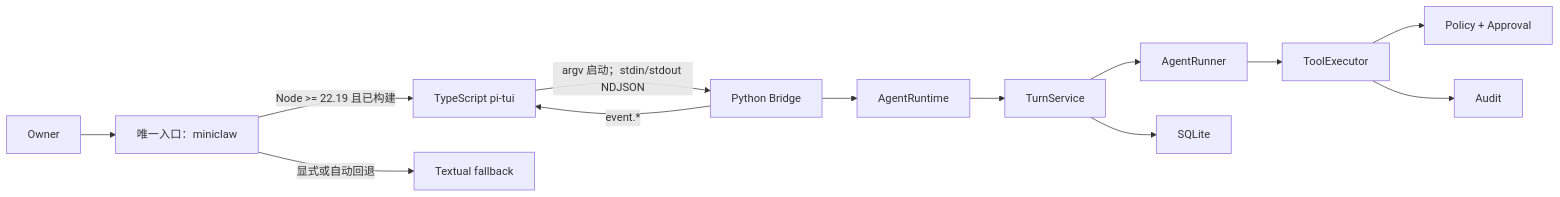
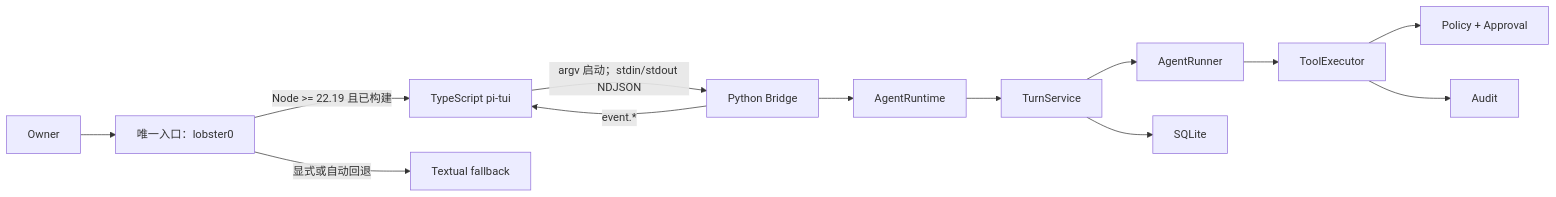
Before and after one commit to NEDONION/lobster0: the first of 4 diagrams in docs/architecture/20260808_TUI稳定化与桌面版架构设计.md, drawn with Mermaid. The commit also changed other lines of this file and 221 other files, not shown here.

```diff
--- a/docs/architecture/20260808_TUI稳定化与桌面版架构设计.md
+++ b/docs/architecture/20260808_TUI稳定化与桌面版架构设计.md
@@ -60,15 +60,15 @@
 ~~~mermaid
 flowchart LR
-    OWNER["Owner"] --> CLI["唯一入口：miniclaw"]
+    OWNER["Owner"] --> CLI["唯一入口：lobster0"]
     CLI -->|"Node >= 22.19 且已构建"| TUI["TypeScript pi-tui"]
     CLI -->|"显式或自动回退"| TXT["Textual fallback"]
     TUI -->|"argv 启动；stdin/stdout NDJSON"| BRIDGE["Python Bridge"]
     BRIDGE --> RUNTIME["AgentRuntime"]
     RUNTIME --> TURN["TurnService"]
     TURN --> AGENT["AgentRunner"]
     AGENT --> EXEC["ToolExecutor"]
     EXEC --> POLICY["Policy + Approval"]
     TURN --> DB["SQLite"]
     EXEC --> AUDIT["Audit"]
     BRIDGE -->|"event.*"| TUI
 ~~~
```
